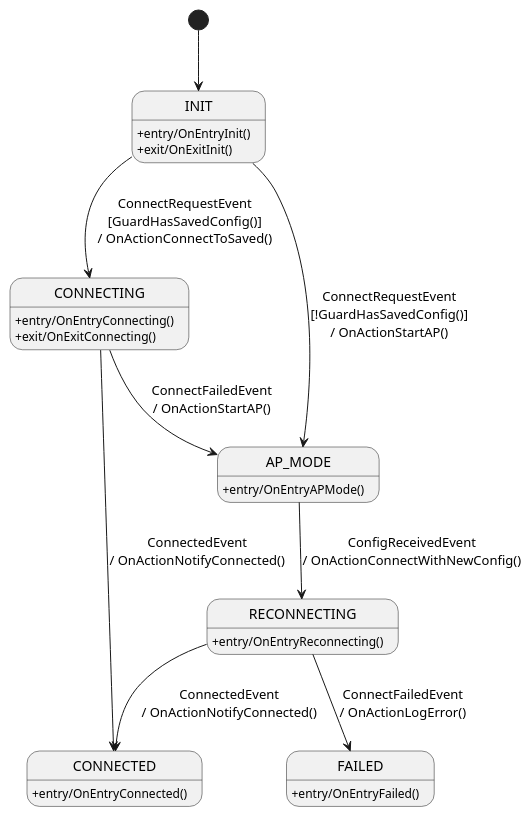
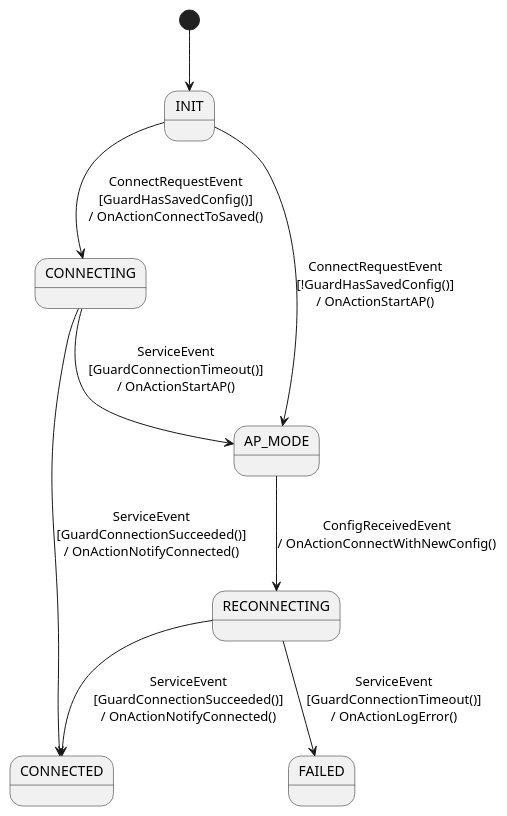
One commit to ymkim92/micropython-wifi-manager changed the diagram in design/wifi_manager_fsm.md. Above: the diagram before and after it, drawn with PlantUML. The commit also changed other lines of this file and 7 other files, not shown here.

````diff
--- a/design/wifi_manager_fsm.md
+++ b/design/wifi_manager_fsm.md
@@ -44,23 +46,17 @@
 ```plantuml
 @startuml
-state INIT : +entry/OnEntryInit()\n+exit/OnExitInit()
-state CONNECTING : +entry/OnEntryConnecting()\n+exit/OnExitConnecting()
-state AP_MODE : +entry/OnEntryAPMode()
-state RECONNECTING : +entry/OnEntryReconnecting()
-state CONNECTED : +entry/OnEntryConnected()
-state FAILED : +entry/OnEntryFailed()
 
 [*] --> INIT
 
 INIT --> CONNECTING : ConnectRequestEvent\n[GuardHasSavedConfig()]\n/ OnActionConnectToSaved()
 INIT --> AP_MODE : ConnectRequestEvent\n[!GuardHasSavedConfig()]\n/ OnActionStartAP()
 
-CONNECTING --> CONNECTED : ConnectedEvent\n/ OnActionNotifyConnected()
-CONNECTING --> AP_MODE : ConnectFailedEvent\n/ OnActionStartAP()
+CONNECTING --> CONNECTED : ServiceEvent\n[GuardConnectionSucceeded()]\n/ OnActionNotifyConnected()
+CONNECTING --> AP_MODE : ServiceEvent\n[GuardConnectionTimeout()]\n/ OnActionStartAP()
 
 AP_MODE --> RECONNECTING : ConfigReceivedEvent\n/ OnActionConnectWithNewConfig()
 
-RECONNECTING --> CONNECTED : ConnectedEvent\n/ OnActionNotifyConnected()
-RECONNECTING --> FAILED : ConnectFailedEvent\n/ OnActionLogError()
+RECONNECTING --> CONNECTED : ServiceEvent\n[GuardConnectionSucceeded()]\n/ OnActionNotifyConnected()
+RECONNECTING --> FAILED : ServiceEvent\n[GuardConnectionTimeout()]\n/ OnActionLogError()
 @enduml
 ```
````
